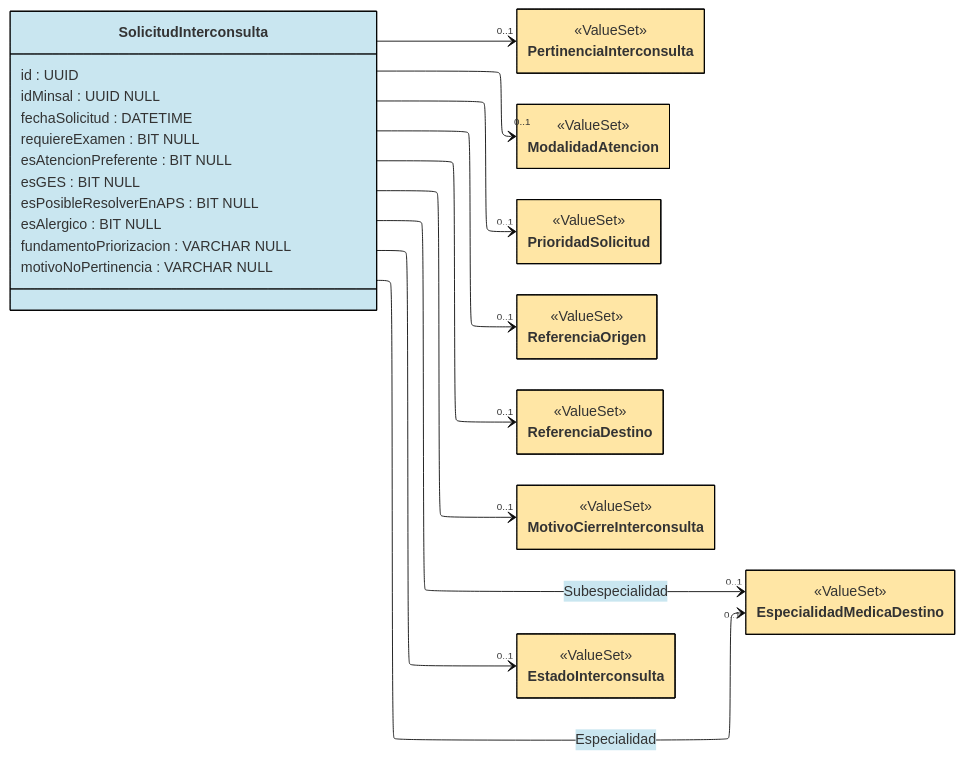
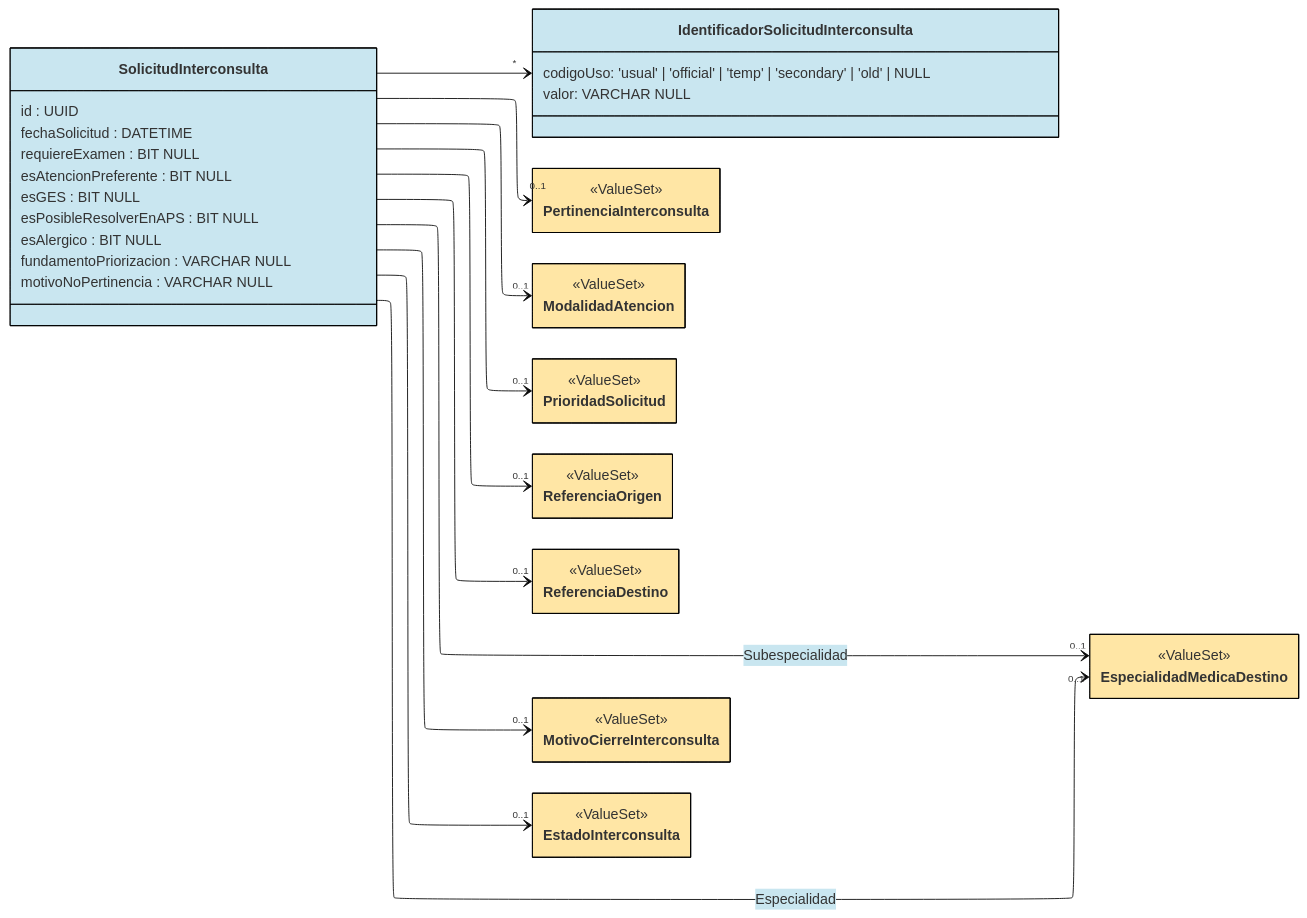
One commit to chris-f23/diagramas-fhir-tei changed the diagram in docs/SolicitudInterconsulta.mmd. Above: the diagram before and after it, drawn with Mermaid. The commit also changed 15 other files, not shown here.

```diff
--- a/docs/SolicitudInterconsulta.mmd
+++ b/docs/SolicitudInterconsulta.mmd
@@ -1,72 +1,77 @@
 ---
 config:
   layout: elk
   theme: base
   class:
     hideEmptyMembersBox: true
   themeVariables:
     primaryBorderColor: "#000000"
     primaryColor: "#C9E6F0"
 ---
 
 classDiagram
 direction LR
 
 class SolicitudInterconsulta {
   id : UUID
-  idMinsal : UUID NULL
-
   fechaSolicitud : DATETIME
   requiereExamen : BIT NULL
   esAtencionPreferente : BIT NULL
   esGES : BIT NULL
   esPosibleResolverEnAPS : BIT NULL
   esAlergico : BIT NULL
   fundamentoPriorizacion : VARCHAR NULL
   motivoNoPertinencia : VARCHAR NULL
 }
+
+class IdentificadorSolicitudInterconsulta {
+  codigoUso: 'usual' | 'official' | 'temp' | 'secondary' | 'old' | NULL
+  valor: VARCHAR NULL
+}
+
+SolicitudInterconsulta --> "*" IdentificadorSolicitudInterconsulta
 
 class PertinenciaInterconsulta { <<ValueSet>> }
 style PertinenciaInterconsulta fill:#FFE6A5
 
 class ModalidadAtencion { <<ValueSet>> }
 style ModalidadAtencion fill:#FFE6A5
 
 class PrioridadSolicitud { <<ValueSet>> }
 style PrioridadSolicitud fill:#FFE6A5
 
 class ReferenciaOrigen { <<ValueSet>> }
 style ReferenciaOrigen fill:#FFE6A5
 
 class ReferenciaDestino { <<ValueSet>> }
 style ReferenciaDestino fill:#FFE6A5
 
 
 class MotivoCierreInterconsulta { <<ValueSet>> }
 style MotivoCierreInterconsulta fill:#FFE6A5
 
 class EstadoInterconsulta { <<ValueSet>> }
 style EstadoInterconsulta fill:#FFE6A5
 
 class EspecialidadMedicaDestino { <<ValueSet>> }
 style EspecialidadMedicaDestino fill:#FFE6A5
 
 
 SolicitudInterconsulta --> "0..1" PertinenciaInterconsulta
 SolicitudInterconsulta --> "0..1" PrioridadSolicitud
 SolicitudInterconsulta --> "0..1" ReferenciaOrigen
 SolicitudInterconsulta --> "0..1" ModalidadAtencion
 SolicitudInterconsulta --> "0..1" ReferenciaDestino
 SolicitudInterconsulta --> "0..1" MotivoCierreInterconsulta
 SolicitudInterconsulta --> "0..1" EstadoInterconsulta
 SolicitudInterconsulta --> "0..1" EspecialidadMedicaDestino: Especialidad
 SolicitudInterconsulta --> "0..1" EspecialidadMedicaDestino: Subespecialidad
 
 link PertinenciaInterconsulta "https://build.fhir.org/ig/Minsal-CL/SIGTEv2-IG/ValueSet-VSPertinenciaInterconsulta.html"
 link ModalidadAtencion "https://build.fhir.org/ig/Minsal-CL/SIGTEv2-IG/ValueSet-VSModalidadAtencionCodigo.html"
 link PrioridadSolicitud "https://hl7.org/fhir/R4/valueset-request-priority.html"
 link ReferenciaOrigen "https://build.fhir.org/ig/Minsal-CL/SIGTEv2-IG/ValueSet-VSorigenInterconsulta.html"
 link ReferenciaDestino "https://build.fhir.org/ig/Minsal-CL/SIGTEv2-IG/ValueSet-VSDestinoReferenciaCodigo.html"
 link MotivoCierreInterconsulta "https://build.fhir.org/ig/Minsal-CL/SIGTEv2-IG/ValueSet-VSMotivoCierreInterconsulta.html"
 link EstadoInterconsulta "https://build.fhir.org/ig/Minsal-CL/SIGTEv2-IG/ValueSet-VSEstadoInterconsulta.html"
 link EspecialidadMedicaDestino "https://build.fhir.org/ig/Minsal-CL/SIGTEv2-IG/ValueSet-VsEspecialidadDest.html"
```
